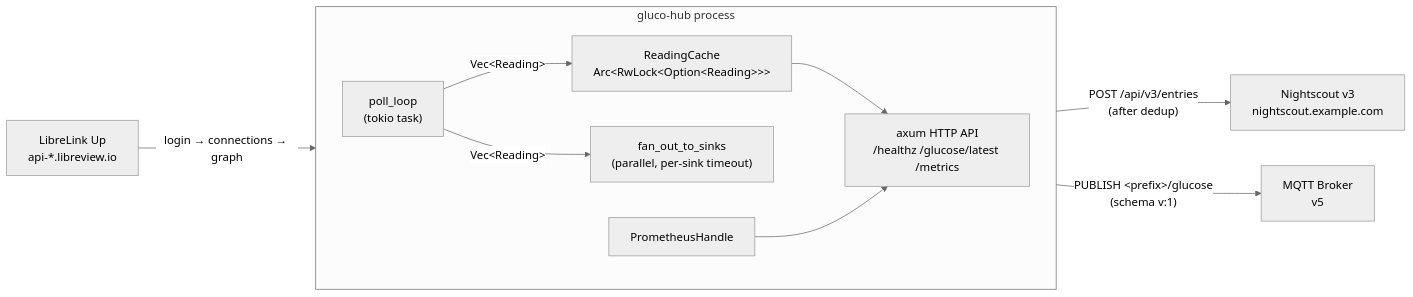
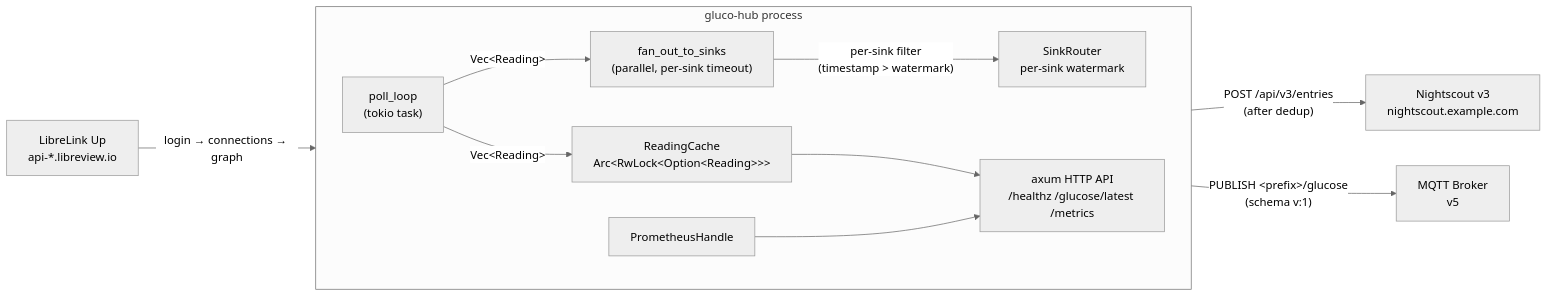
One commit to micschr0/gluco-hub-rs changed the first of 3 diagrams in docs/ARCHITECTURE.md. Above: the diagram before and after it, drawn with Mermaid (neutral theme). The commit also changed other lines of this file and 6 other files, not shown here.

````diff
--- a/docs/ARCHITECTURE.md
+++ b/docs/ARCHITECTURE.md
@@ -17,23 +17,25 @@
 ```mermaid
 flowchart LR
     LLU["LibreLink Up\napi-*.libreview.io"]
     NS["Nightscout v3\nnightscout.example.com"]
     MQTT_B["MQTT Broker\nv5"]
 
     subgraph Bridge["gluco-hub process"]
         direction LR
         Poll["poll_loop\n(tokio task)"]
         Cache["ReadingCache\nArc&lt;RwLock&lt;Option&lt;Reading&gt;&gt;&gt;"]
         FanOut["fan_out_to_sinks\n(parallel, per-sink timeout)"]
+        Router["SinkRouter\nper-sink watermark"]
         API["axum HTTP API\n/healthz /glucose/latest /metrics"]
         Metrics["PrometheusHandle"]
     end
 
     LLU -->|"login → connections → graph"| Poll
     Poll -->|"Vec&lt;Reading&gt;"| Cache
     Poll -->|"Vec&lt;Reading&gt;"| FanOut
-    FanOut -->|"POST /api/v3/entries\n(after dedup)"| NS
-    FanOut -->|"PUBLISH &lt;prefix&gt;/glucose\n(schema v:1)"| MQTT_B
+    FanOut -->|"per-sink filter\n(timestamp &gt; watermark)"| Router
+    Router -->|"POST /api/v3/entries\n(after dedup)"| NS
+    Router -->|"PUBLISH &lt;prefix&gt;/glucose\n(schema v:1)"| MQTT_B
     Cache --> API
     Metrics --> API
 ```
````
